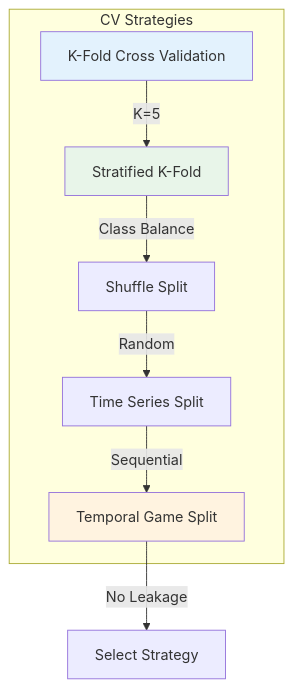
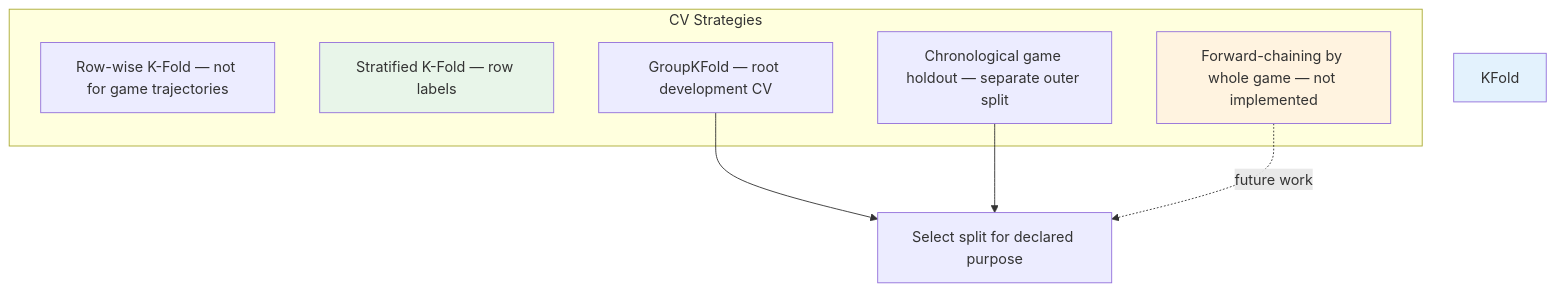
Before and after one commit to Evintkoo/2048-ml: the second of 11 diagrams in plans/05-Model/04-Evaluation/02-cross-validation.md, drawn with Mermaid. The commit also changed other lines of this file and 67 other files, not shown here.

````diff
--- a/plans/05-Model/04-Evaluation/02-cross-validation.md
+++ b/plans/05-Model/04-Evaluation/02-cross-validation.md
@@ -65,20 +65,18 @@
 ```mermaid
 flowchart TB
     subgraph "CV Strategies"
-        KFold[K-Fold Cross Validation]
-        Stratified[Stratified K-Fold]
-        Shuffle[Shuffle Split]
-        Time[Time Series Split]
-        Temporal[Temporal Game Split]
+        RowKFold[Row-wise K-Fold — not for game trajectories]
+        Stratified[Stratified K-Fold — row labels]
+        Group[GroupKFold — root development CV]
+        Outer[Chronological game holdout — separate outer split]
+        Temporal[Forward-chaining by whole game — not implemented]
     end
     
-    KFold --> |K=5| Stratified
-    Stratified --> |Class Balance| Shuffle
-    Shuffle --> |Random| Time
-    Time --> |Sequential| Temporal
-    Temporal --> |No Leakage| Select[Select Strategy]
+    Group --> Select[Select split for declared purpose]
+    Outer --> Select
+    Temporal -. future work .-> Select
     
     style KFold fill:#e3f2fd
     style Stratified fill:#e8f5e9
     style Temporal fill:#fff3e0
 ```
````
